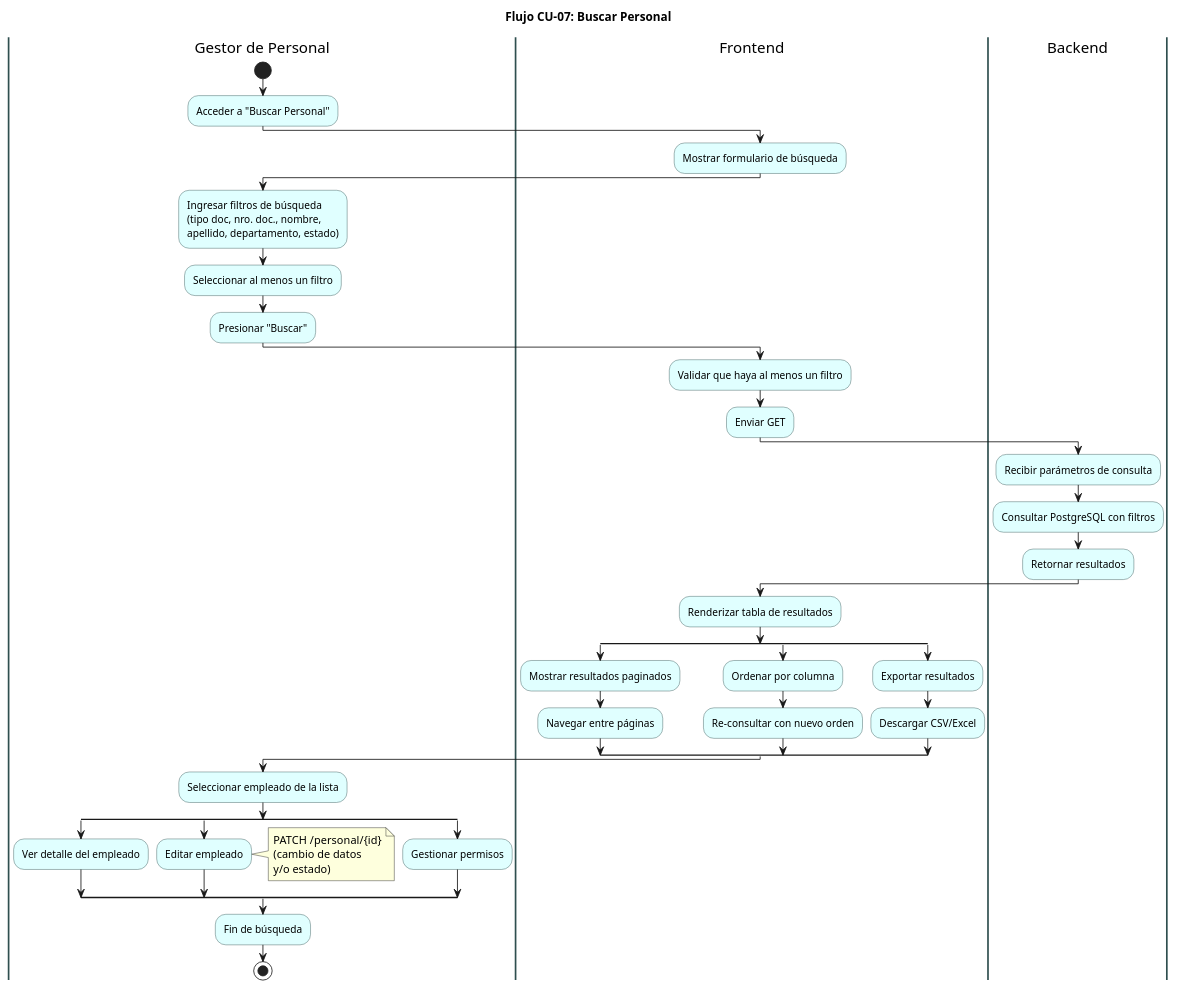
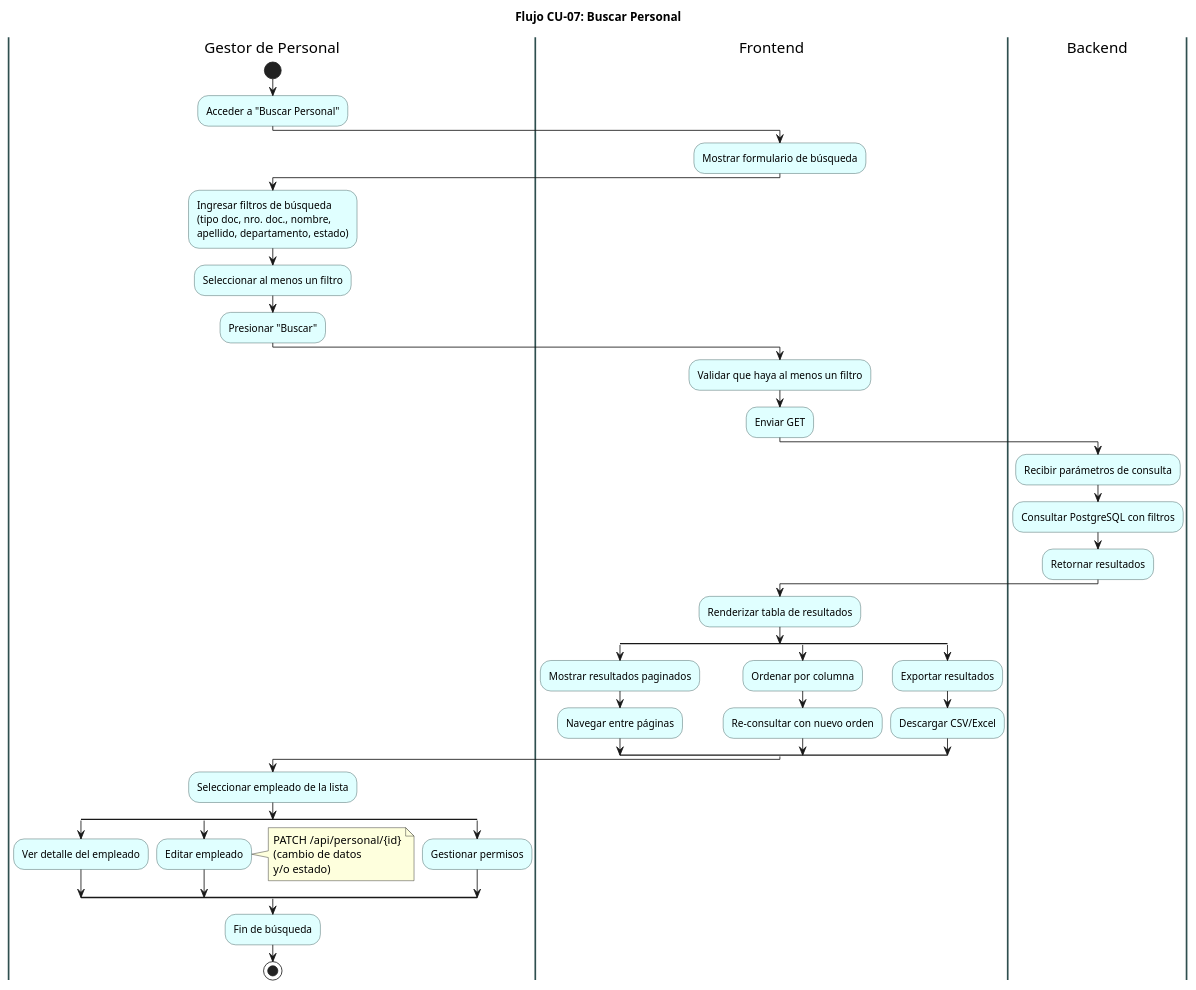
The diagram in docs/diagramas/flujo/12_flujo_buscar_personal.puml (ElianMMCode/Zone-Control), drawn with PlantUML before and after one commit. The commit also changed 51 other files, not shown here.

```diff
--- a/docs/diagramas/flujo/12_flujo_buscar_personal.puml
+++ b/docs/diagramas/flujo/12_flujo_buscar_personal.puml
@@ -1,74 +1,74 @@
 @startuml
 title Flujo CU-07: Buscar Personal
 skinparam activity {
   BackgroundColor LightCyan
   BorderColor DarkSlateGray
 }
 skinparam swimlane {
   BorderColor DarkSlateGray
   BorderThickness 2
 }
 
 |Gestor de Personal|
 start
 :Acceder a "Buscar Personal";
 
 |Frontend|
 :Mostrar formulario de búsqueda;
 
 |Gestor de Personal|
 :Ingresar filtros de búsqueda\n(tipo doc, nro. doc., nombre,\napellido, departamento, estado);
 
 :Seleccionar al menos un filtro;
 
 :Presionar "Buscar";
 
 |Frontend|
 :Validar que haya al menos un filtro;
 
 :Enviar GET;
 
 |Backend|
 :Recibir parámetros de consulta;
 
 :Consultar PostgreSQL con filtros;
 
 :Retornar resultados;
 
 |Frontend|
 :Renderizar tabla de resultados;
 
 split
   :Mostrar resultados paginados;
 
   :Navegar entre páginas;
 
 split again
   :Ordenar por columna;
 
   :Re-consultar con nuevo orden;
 
 split again
   :Exportar resultados;
 
   :Descargar CSV/Excel;
 
 end split
 
 |Gestor de Personal|
 :Seleccionar empleado de la lista;
 
 split
   :Ver detalle del empleado;
 split again
   :Editar empleado;
-  note right: PATCH /personal/{id}\n(cambio de datos\ny/o estado)
+  note right: PATCH /api/personal/{id}\n(cambio de datos\ny/o estado)
 split again
   :Gestionar permisos;
 end split
 
 :Fin de búsqueda;
 
 stop
 
 @enduml
```
